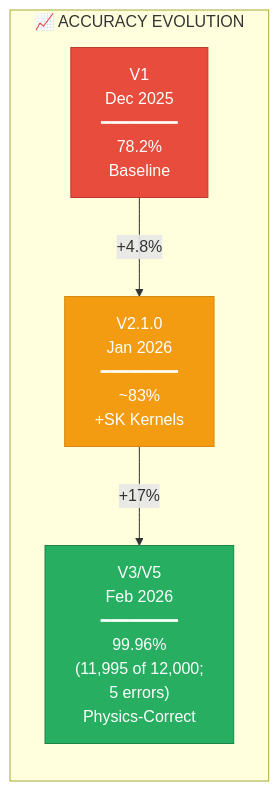
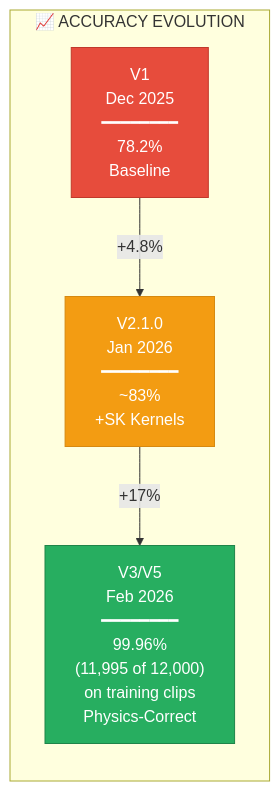
The third of 11 diagrams in README.md (suniltyagi/SKANN-SSL), drawn with Mermaid before and after one commit. The commit also changed other lines of this file, not shown here.

First line of the commit message:
README: 99.96% stated as nearest-centroid accuracy on the training clips

````diff
--- a/README.md
+++ b/README.md
@@ -116,14 +118,14 @@
 ```mermaid
 graph LR
     subgraph Evolution["📈 ACCURACY EVOLUTION"]
         V1["V1<br/>Dec 2025<br/>━━━━━━━━<br/>78.2%<br/>Baseline"]
         V2["V2.1.0<br/>Jan 2026<br/>━━━━━━━━<br/>~83%<br/>+SK Kernels"]
-        V3["V3/V5<br/>Feb 2026<br/>━━━━━━━━<br/>99.96%<br/>(11,995 of 12,000;<br/>5 errors)<br/>Physics-Correct"]
+        V3["V3/V5<br/>Feb 2026<br/>━━━━━━━━<br/>99.96%<br/>(11,995 of 12,000)<br/>on training clips<br/>Physics-Correct"]
     end
     
     V1 -->|"+4.8%"| V2 -->|"+17%"| V3
     
     style V1 fill:#e74c3c,stroke:#c0392b,color:#fff
     style V2 fill:#f39c12,stroke:#d68910,color:#fff
     style V3 fill:#27ae60,stroke:#1e8449,color:#fff
 ```
````
